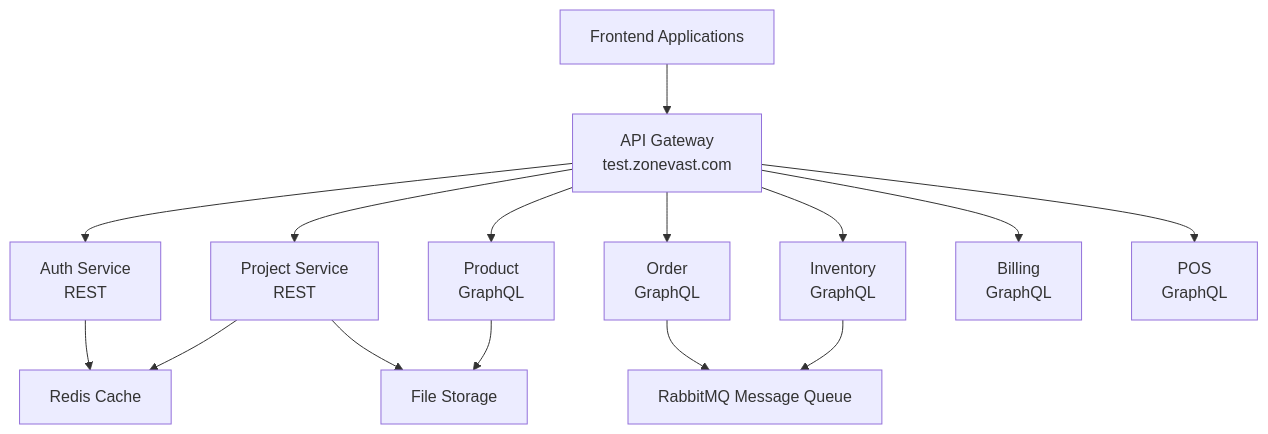
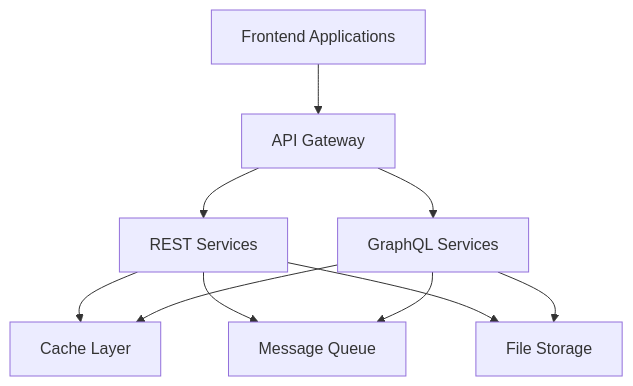
One commit to zonevast/zonevast-docs changed the diagram in docs/architecture.md. Above: the diagram before and after it, drawn with Mermaid. The commit also changed other lines of this file, not shown here.

Commit message:
docs: Simplify architecture - general concepts only, details in API reference

````diff
--- a/docs/architecture.md
+++ b/docs/architecture.md
@@ -7,33 +7,23 @@
 ```mermaid
 graph TB
     Frontend[Frontend Applications]
-    Gateway[API Gateway<br/>test.zonevast.com]
-    Auth[Auth Service<br/>REST]
-    Project[Project Service<br/>REST]
-    Product[Product<br/>GraphQL]
-    Order[Order<br/>GraphQL]
-    Inventory[Inventory<br/>GraphQL]
-    Billing[Billing<br/>GraphQL]
-    POS[POS<br/>GraphQL]
-    Cache[Redis Cache]
-    MQ[RabbitMQ Message Queue]
+    Gateway[API Gateway]
+    REST[REST Services]
+    GraphQL[GraphQL Services]
+    Cache[Cache Layer]
+    MQ[Message Queue]
     Storage[File Storage]
 
     Frontend --> Gateway
-    Gateway --> Auth
-    Gateway --> Project
-    Gateway --> Product
-    Gateway --> Order
-    Gateway --> Inventory
-    Gateway --> Billing
-    Gateway --> POS
+    Gateway --> REST
+    Gateway --> GraphQL
 
-    Auth --> Cache
-    Project --> Cache
+    REST --> Cache
+    GraphQL --> Cache
 
-    Order --> MQ
-    Inventory --> MQ
+    REST --> MQ
+    GraphQL --> MQ
 
-    Project --> Storage
-    Product --> Storage
+    REST --> Storage
+    GraphQL --> Storage
 ```
````
